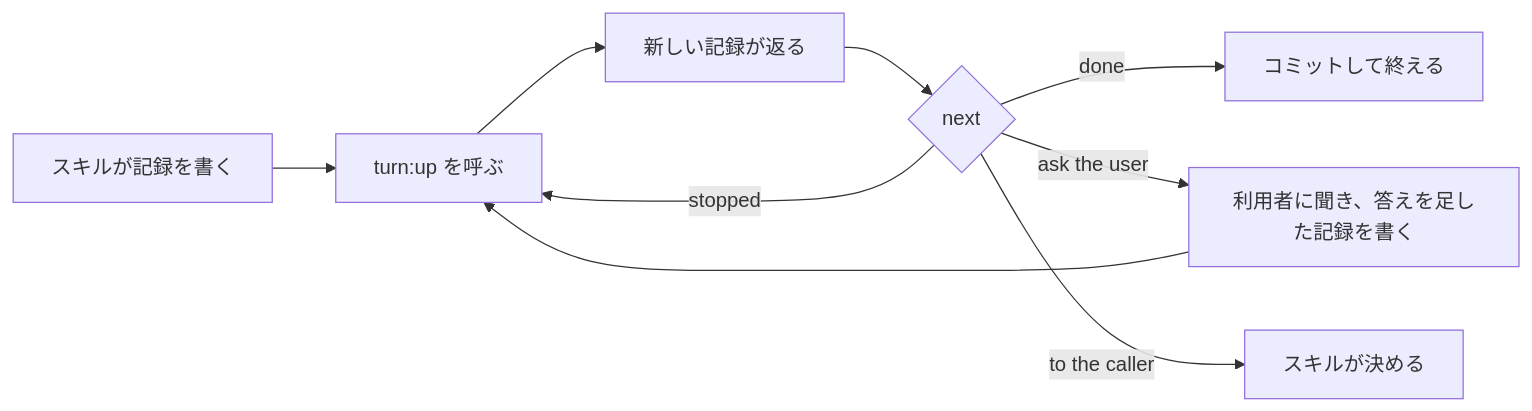
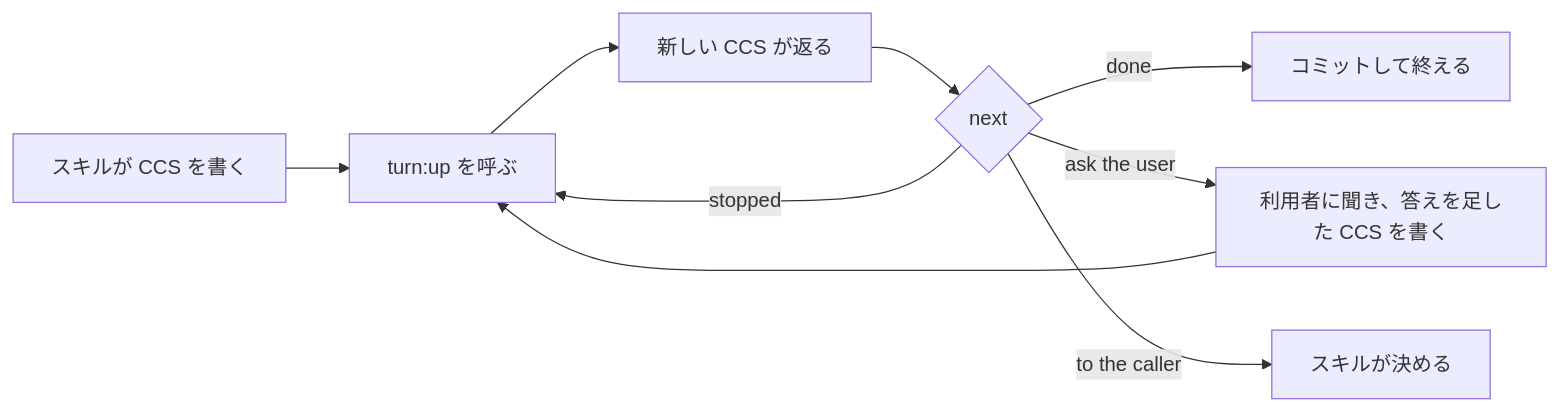
One commit to lovaizu/ccpm changed the first of 2 diagrams in turn/README.md. Above: the diagram before and after it, drawn with Mermaid. The commit also changed other lines of this file and 2 other files, not shown here.

First line of the commit message:
turn: README calls the record CCS throughout and explains it up front; unlist turn until it is built

````diff
--- a/turn/README.md
+++ b/turn/README.md
@@ -55,10 +55,10 @@
 ```mermaid
 flowchart LR
-  W[スキルが記録を書く] --> T[turn:up を呼ぶ]
-  T --> R[新しい記録が返る]
+  W[スキルが CCS を書く] --> T[turn:up を呼ぶ]
+  T --> R[新しい CCS が返る]
   R --> N{next}
   N -->|done| D[コミットして終える]
-  N -->|ask the user| A[利用者に聞き、答えを足した記録を書く] --> T
+  N -->|ask the user| A[利用者に聞き、答えを足した CCS を書く] --> T
   N -->|to the caller| P[スキルが決める]
   N -->|stopped| T
 ```
````
